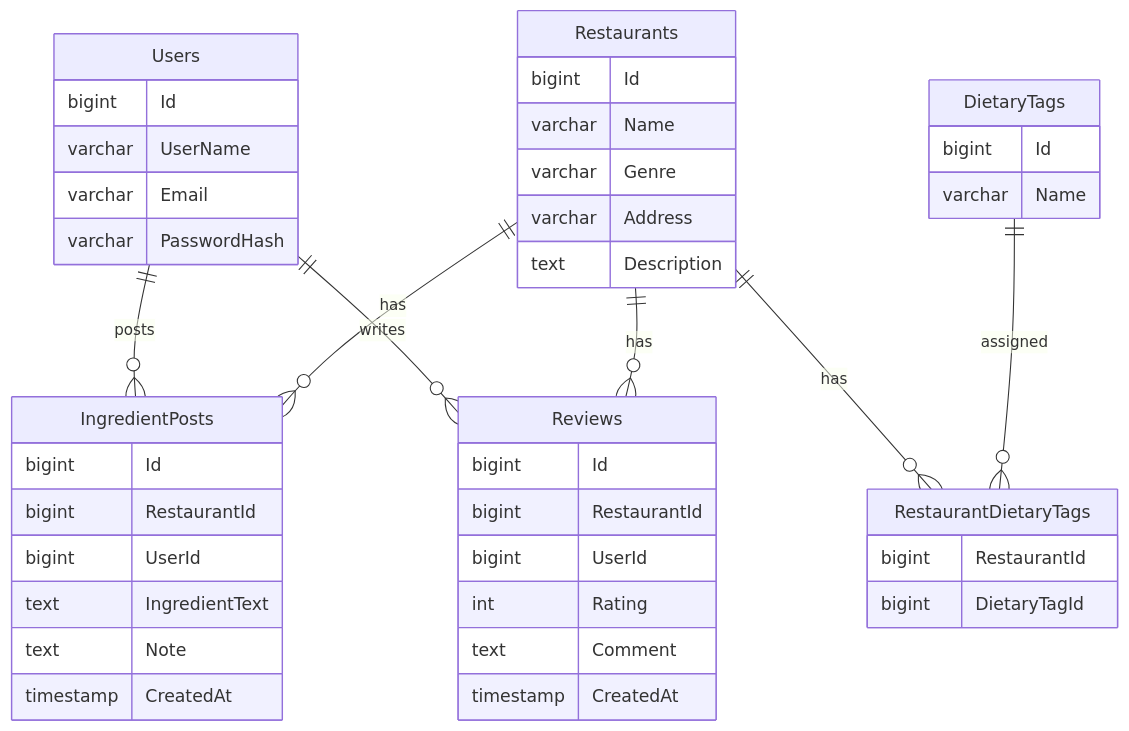
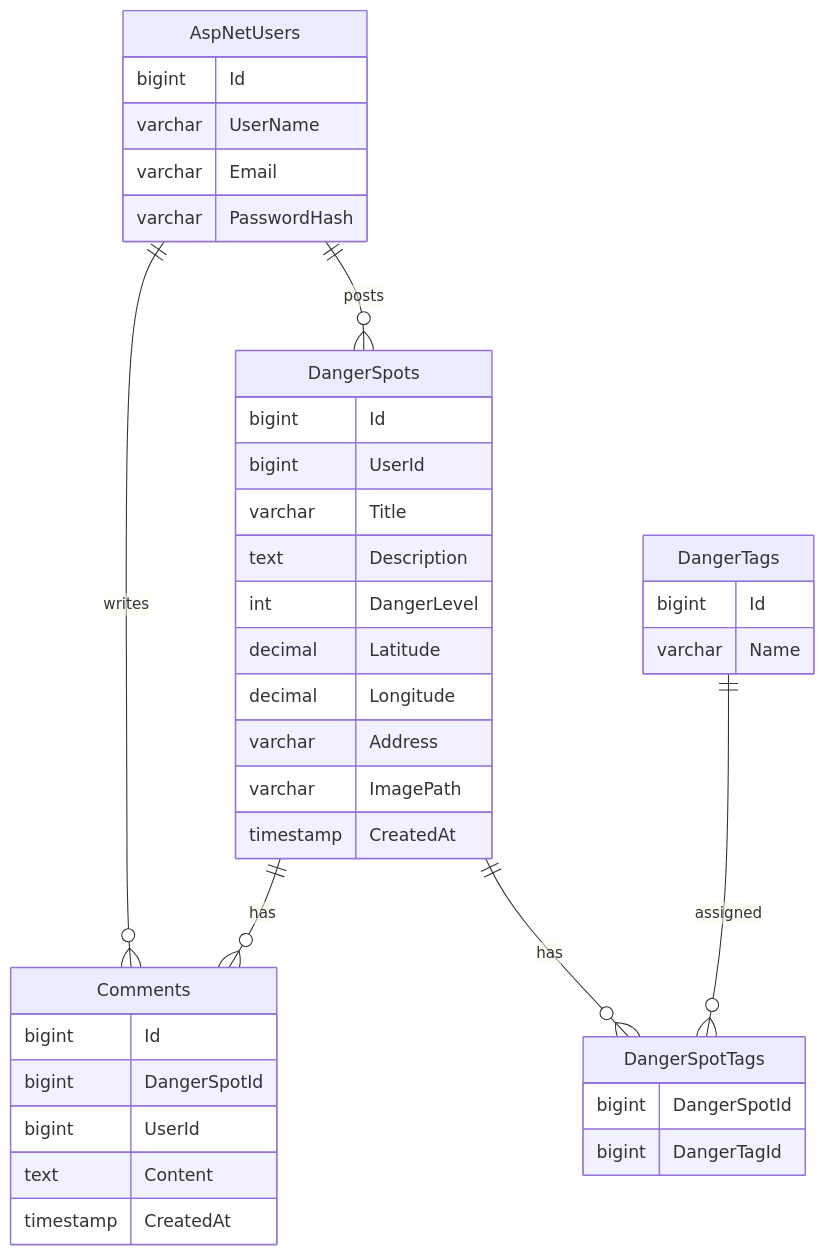
The diagram in SafeBite-VNJP/design/内部設計.md (ShimosatoRen/SafeBite-VNJP), drawn with Mermaid before and after one commit. The commit also changed other lines of this file and 1 other file, not shown here.

````diff
--- a/SafeBite-VNJP/design/内部設計.md
+++ b/SafeBite-VNJP/design/内部設計.md
@@ -80,55 +82,49 @@
 ```mermaid
 erDiagram
 
-    Users ||--o{ IngredientPosts : posts
-    Users ||--o{ Reviews : writes
+    AspNetUsers ||--o{ DangerSpots : posts
+    AspNetUsers ||--o{ Comments : writes
 
-    Restaurants ||--o{ IngredientPosts : has
-    Restaurants ||--o{ Reviews : has
+    DangerSpots ||--o{ Comments : has
 
-    Restaurants ||--o{ RestaurantDietaryTags : has
-    DietaryTags ||--o{ RestaurantDietaryTags : assigned
+    DangerSpots ||--o{ DangerSpotTags : has
+    DangerTags ||--o{ DangerSpotTags : assigned
 
-    Users {
+    AspNetUsers {
         bigint Id
         varchar UserName
         varchar Email
         varchar PasswordHash
     }
 
-    Restaurants {
+    DangerSpots {
         bigint Id
-        varchar Name
-        varchar Genre
+        bigint UserId
+        varchar Title
+        text Description
+        int DangerLevel
+        decimal Latitude
+        decimal Longitude
         varchar Address
-        text Description
-    }
-
-    IngredientPosts {
-        bigint Id
-        bigint RestaurantId
-        bigint UserId
-        text IngredientText
-        text Note
+        varchar ImagePath
         timestamp CreatedAt
     }
 
-    Reviews {
+    Comments {
         bigint Id
-        bigint RestaurantId
+        bigint DangerSpotId
         bigint UserId
-        int Rating
-        text Comment
+        text Content
         timestamp CreatedAt
     }
 
-    DietaryTags {
+    DangerTags {
         bigint Id
         varchar Name
     }
 
-    RestaurantDietaryTags {
-        bigint RestaurantId
-        bigint DietaryTagId
+    DangerSpotTags {
+        bigint DangerSpotId
+        bigint DangerTagId
     }
 ```
````
